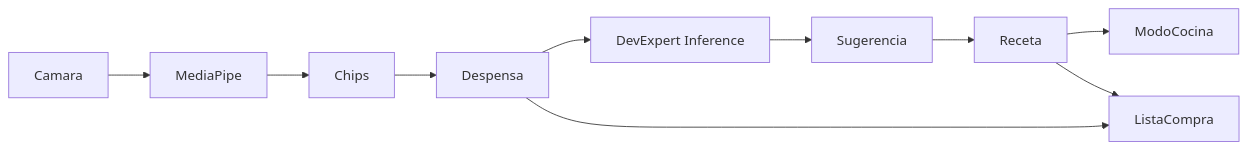
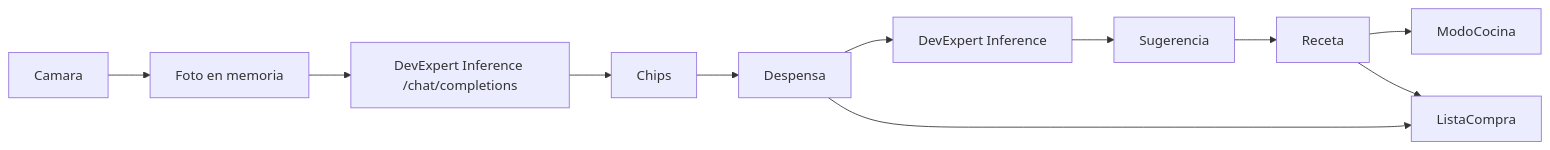
One commit to danibelmonte17/What-s-for-lunch- changed the diagram in docs/technical-discovery.md. Above: the diagram before and after it, drawn with Mermaid. The commit also changed other lines of this file and 38 other files, not shown here.

````diff
--- a/docs/technical-discovery.md
+++ b/docs/technical-discovery.md
@@ -100,8 +118,8 @@
 ```mermaid
 flowchart LR
-  Camara --> MediaPipe --> Chips --> Despensa
+  Camara --> Foto["Foto en memoria"] --> VisionIA["DevExpert Inference /chat/completions"] --> Chips --> Despensa
   Despensa --> DevExpertInference["DevExpert Inference"] --> Sugerencia --> Receta
   Receta --> ModoCocina
   Receta --> ListaCompra
   Despensa --> ListaCompra
 ```
````
